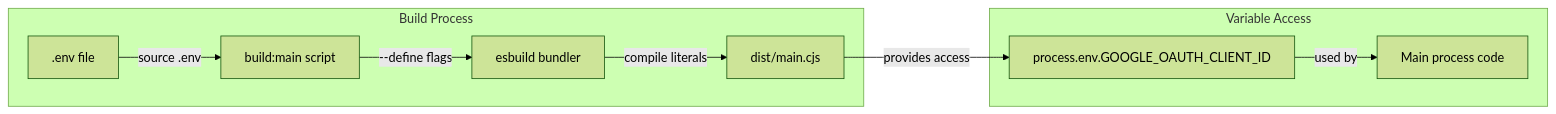
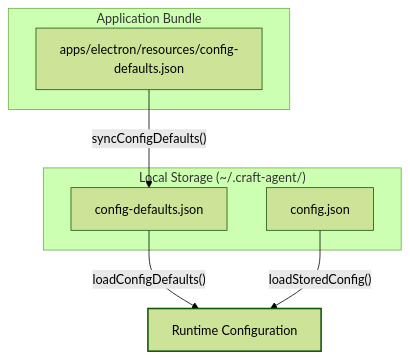
Before and after one commit to blackcater/zentree: the first of 2 diagrams in docs/lukilabs_craft-agents-oss/getting-started/environment-configuration.md, drawn with Mermaid (forest theme). The commit also changed other lines of this file and 232 other files, not shown here.

````diff
--- a/docs/lukilabs_craft-agents-oss/getting-started/environment-configuration.md
+++ b/docs/lukilabs_craft-agents-oss/getting-started/environment-configuration.md
@@ -96,20 +65,17 @@
 ```mermaid
-graph LR
-    subgraph "Build Process"
-        EnvFile[".env file"]
-        BuildScript["build:main script"]
-        ESBuild["esbuild bundler"]
-        MainBundle["dist/main.cjs"]
+graph TD
+    subgraph "Application Bundle"
+        Resources["apps/electron/resources/config-defaults.json"]
     end
-
-    subgraph "Variable Access"
-        ProcessEnv["process.env.GOOGLE_OAUTH_CLIENT_ID"]
-        RuntimeCode["Main process code"]
+    
+    subgraph "Local Storage (~/.craft-agent/)"
+        Target["config-defaults.json"]
+        ConfigJSON["config.json"]
     end
-
-    EnvFile -->|"source .env"| BuildScript
-    BuildScript -->|"--define flags"| ESBuild
-    ESBuild -->|"compile literals"| MainBundle
-    MainBundle -->|"provides access"| ProcessEnv
-    ProcessEnv -->|"used by"| RuntimeCode
+    
+    Resources -->|"syncConfigDefaults()"| Target
+    Target -->|"loadConfigDefaults()"| AppState["Runtime Configuration"]
+    ConfigJSON -->|"loadStoredConfig()"| AppState
+    
+    style AppState stroke-width:2px
 ```
````
